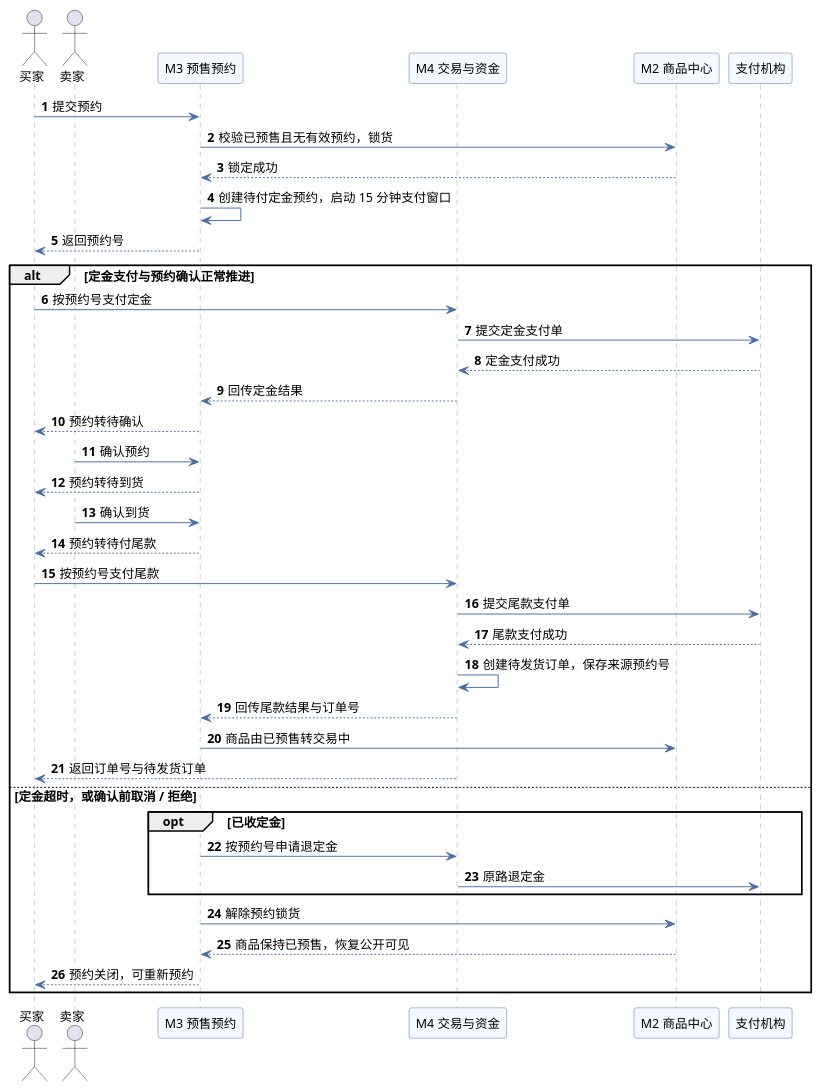
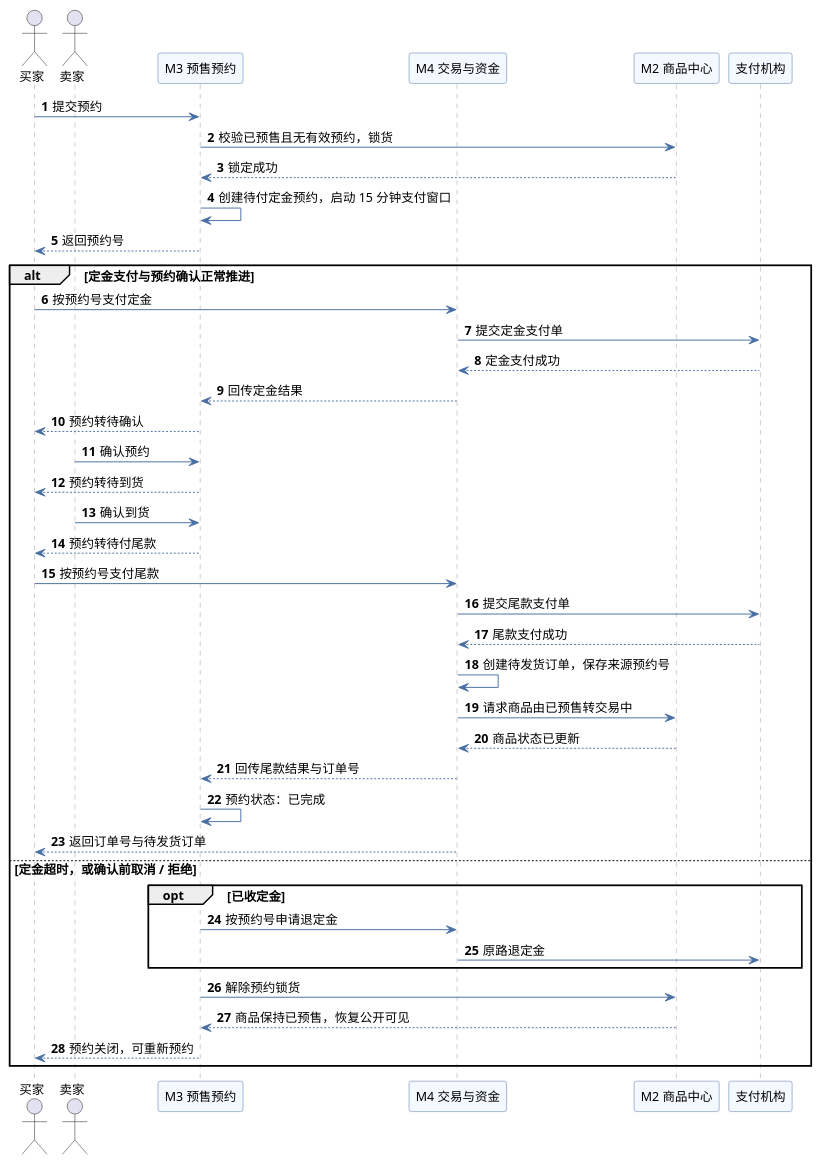
One commit to XuHR233/SE-lab1-requirements changed the diagram in lab02/UML/时序图2_预售预约与支付.puml. Above: the diagram before and after it, drawn with PlantUML. The commit also changed 17 other files, not shown here.

Commit message:
docs: 补充实验二报告说明并修正图文一致性

```diff
--- a/lab02/UML/时序图2_预售预约与支付.puml
+++ b/lab02/UML/时序图2_预售预约与支付.puml
@@ -1,58 +1,60 @@
 @startuml
 ' 实验二 · 二手交易系统 · 时序图（二）：预售预约、定金、尾款与订单生成
 ' 预约号贯穿定金和尾款；尾款成功后才生成订单。只表达设计层业务消息。
 skinparam defaultFontName "Microsoft YaHei"
 skinparam defaultFontSize 13
 skinparam shadowing false
 skinparam sequence {
   ArrowColor #4A6FA5
   LifeLineBorderColor #999999
   ParticipantBackgroundColor #F4F8FF
   ParticipantBorderColor #4A6FA5
 }
 autonumber
 
 actor "买家" as Buyer
 actor "卖家" as Seller
 participant "M3 预售预约" as Reservation
 participant "M4 交易与资金" as Trade
 participant "M2 商品中心" as Product
 participant "支付机构" as Pay
 
 Buyer -> Reservation : 提交预约
 Reservation -> Product : 校验已预售且无有效预约，锁货
 Product --> Reservation : 锁定成功
 Reservation -> Reservation : 创建待付定金预约，启动 15 分钟支付窗口
 Reservation --> Buyer : 返回预约号
 
 alt 定金支付与预约确认正常推进
   Buyer -> Trade : 按预约号支付定金
   Trade -> Pay : 提交定金支付单
   Pay --> Trade : 定金支付成功
   Trade --> Reservation : 回传定金结果
   Reservation --> Buyer : 预约转待确认
 
   Seller -> Reservation : 确认预约
   Reservation --> Buyer : 预约转待到货
   Seller -> Reservation : 确认到货
   Reservation --> Buyer : 预约转待付尾款
 
   Buyer -> Trade : 按预约号支付尾款
   Trade -> Pay : 提交尾款支付单
   Pay --> Trade : 尾款支付成功
   Trade -> Trade : 创建待发货订单，保存来源预约号
+  Trade -> Product : 请求商品由已预售转交易中
+  Product --> Trade : 商品状态已更新
   Trade --> Reservation : 回传尾款结果与订单号
-  Reservation -> Product : 商品由已预售转交易中
+  Reservation -> Reservation : 预约状态：已完成
   Trade --> Buyer : 返回订单号与待发货订单
 
 else 定金超时，或确认前取消 / 拒绝
   opt 已收定金
     Reservation -> Trade : 按预约号申请退定金
     Trade -> Pay : 原路退定金
   end
   Reservation -> Product : 解除预约锁货
   Product --> Reservation : 商品保持已预售，恢复公开可见
   Reservation --> Buyer : 预约关闭，可重新预约
 end
 
 @enduml
```
